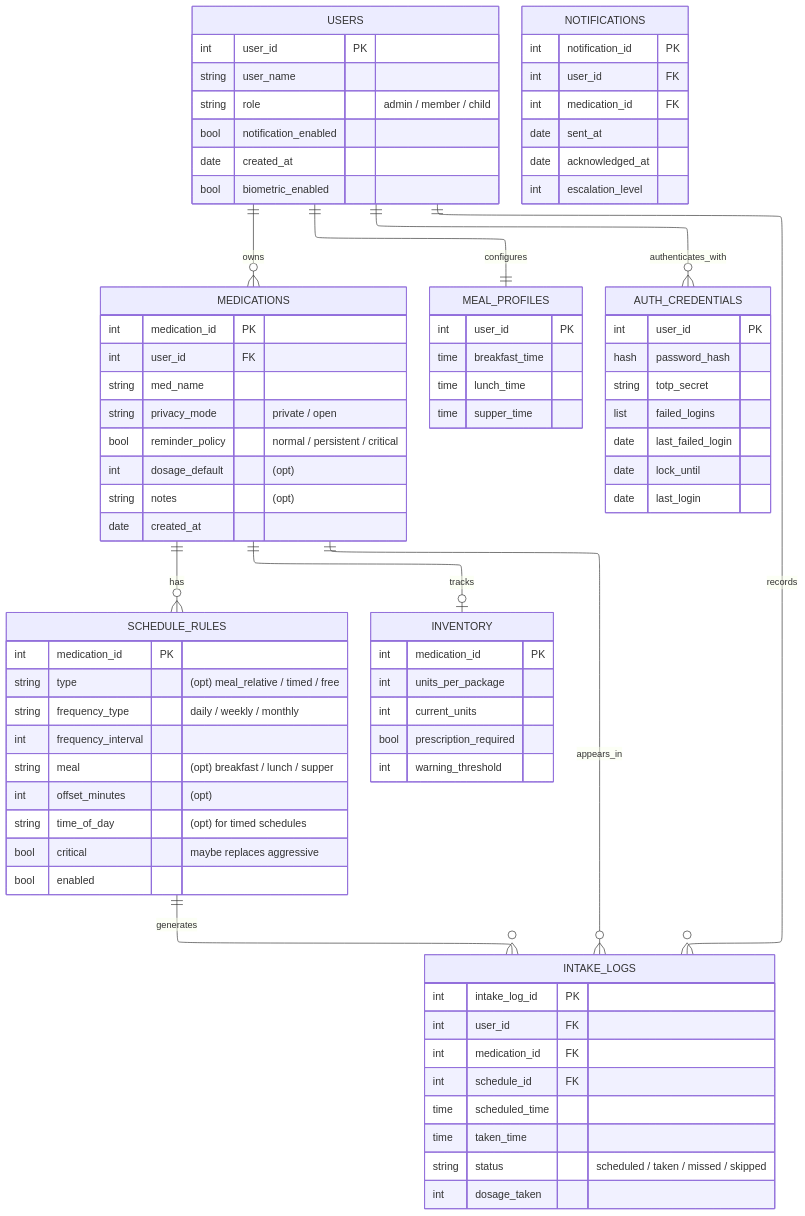
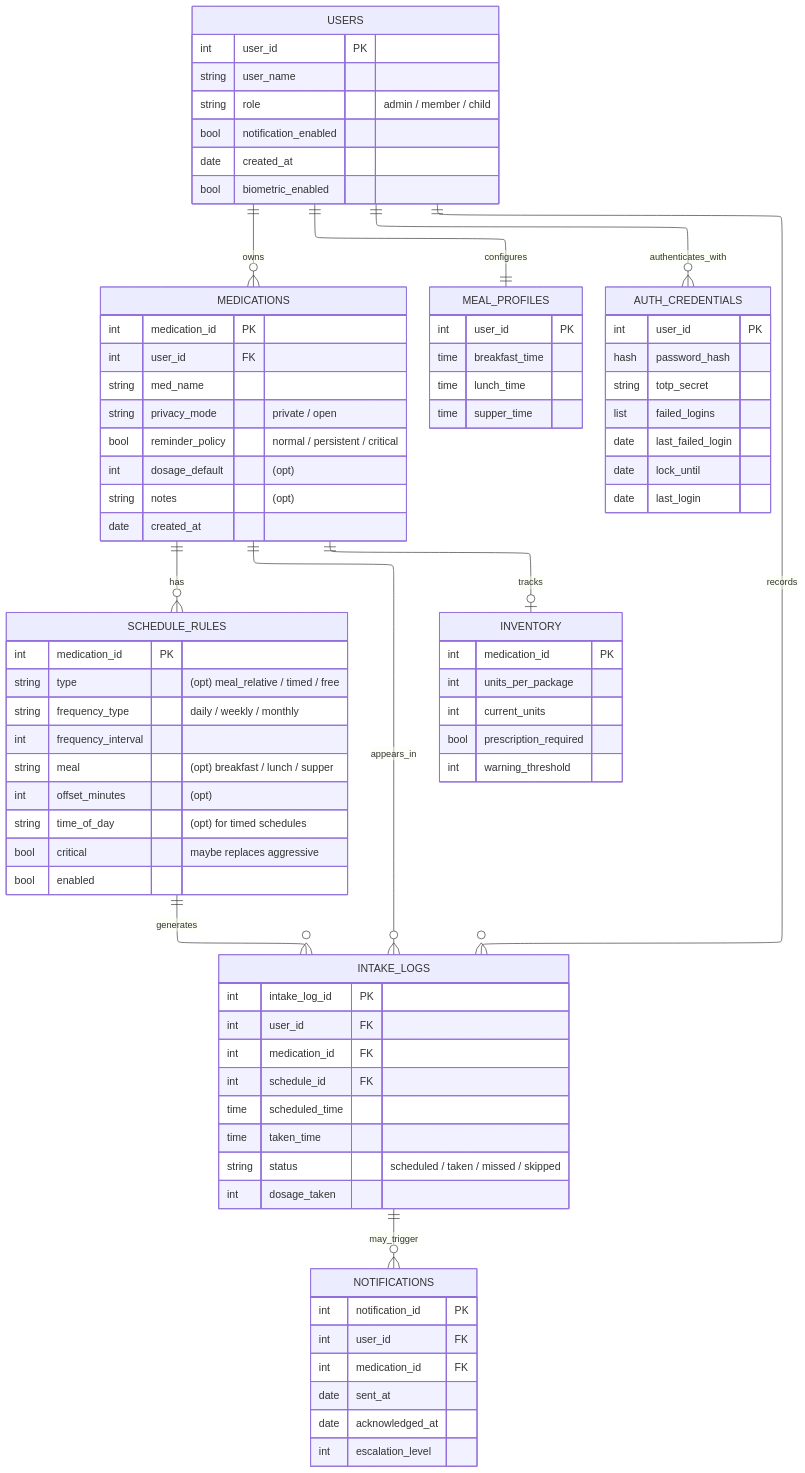
The second of 2 diagrams in docs/SDD.md (juscghwe/pilltracker), drawn with Mermaid before and after one commit.

Commit message:
docs: added missing notification relationship

```diff
--- a/docs/SDD.md
+++ b/docs/SDD.md
@@ -107,6 +107,8 @@
     MEDICATIONS ||--o{ INTAKE_LOGS : appears_in
 
     SCHEDULE_RULES ||--o{ INTAKE_LOGS : generates
+
+    INTAKE_LOGS ||--o{ NOTIFICATIONS : may_trigger
 
     USERS {
         int user_id PK
```
